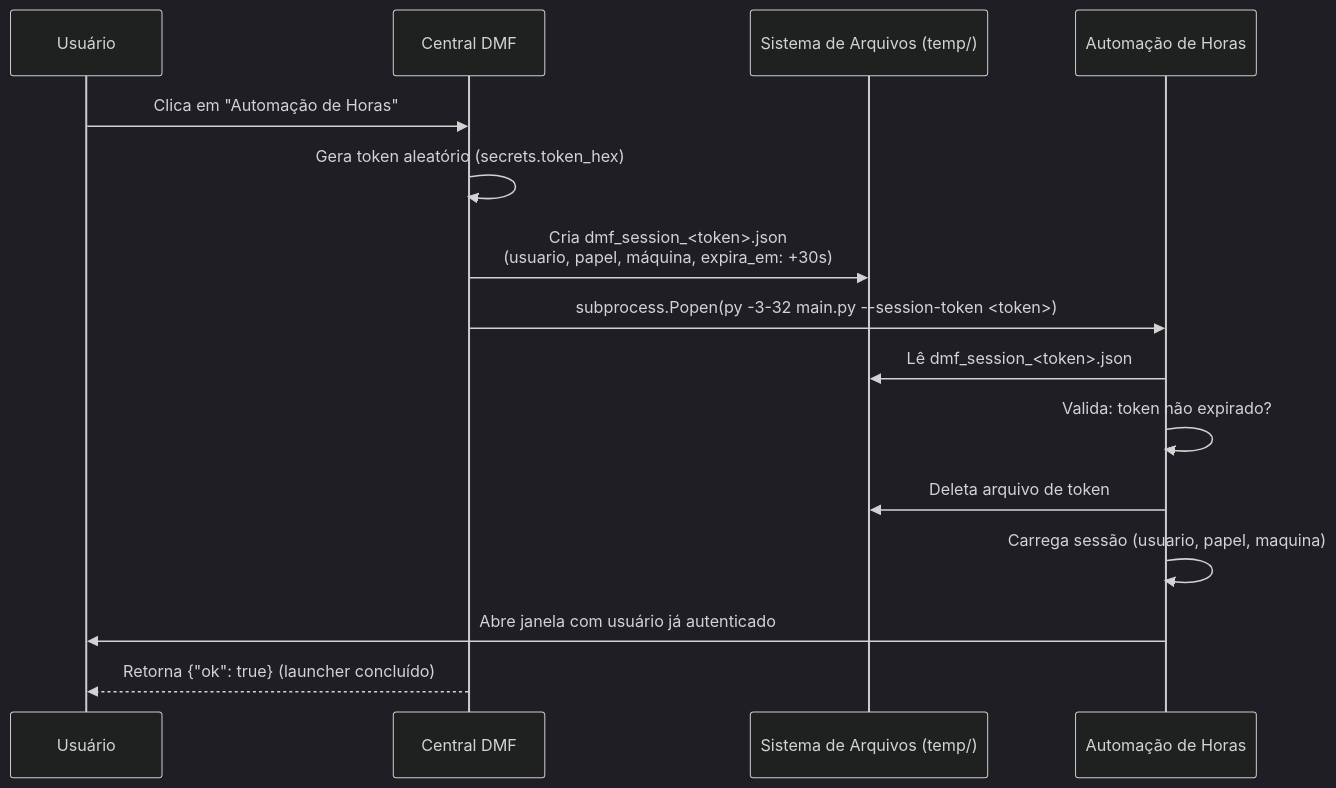
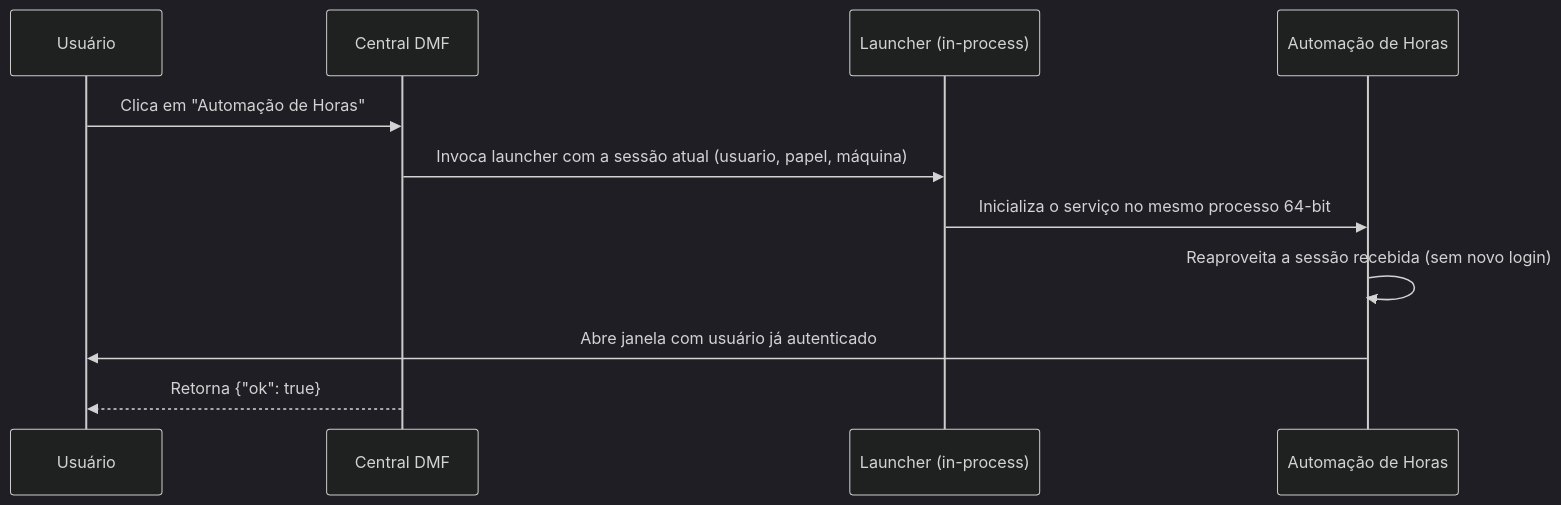
The second of 4 diagrams in docs/arquitetura.md (cors4rio/dmf-data-engine), drawn with Mermaid (dark theme) before and after one commit. The commit also changed other lines of this file and 30 other files, not shown here.

````diff
--- a/docs/arquitetura.md
+++ b/docs/arquitetura.md
@@ -106,18 +104,14 @@
 ```mermaid
 sequenceDiagram
     participant U as Usuário
     participant C as Central DMF
-    participant FS as Sistema de Arquivos (temp/)
+    participant L as Launcher (in-process)
     participant A as Automação de Horas
 
     U->>C: Clica em "Automação de Horas"
-    C->>C: Gera token aleatório (secrets.token_hex)
-    C->>FS: Cria dmf_session_<token>.json<br/>(usuario, papel, máquina, expira_em: +30s)
-    C->>A: subprocess.Popen(py -3-32 main.py --session-token <token>)
-    A->>FS: Lê dmf_session_<token>.json
-    A->>A: Valida: token não expirado?
-    A->>FS: Deleta arquivo de token
-    A->>A: Carrega sessão (usuario, papel, maquina)
+    C->>L: Invoca launcher com a sessão atual (usuario, papel, máquina)
+    L->>A: Inicializa o serviço no mesmo processo 64-bit
+    A->>A: Reaproveita a sessão recebida (sem novo login)
     A->>U: Abre janela com usuário já autenticado
-    C-->>U: Retorna {"ok": true} (launcher concluído)
+    C-->>U: Retorna {"ok": true}
 ```
````
